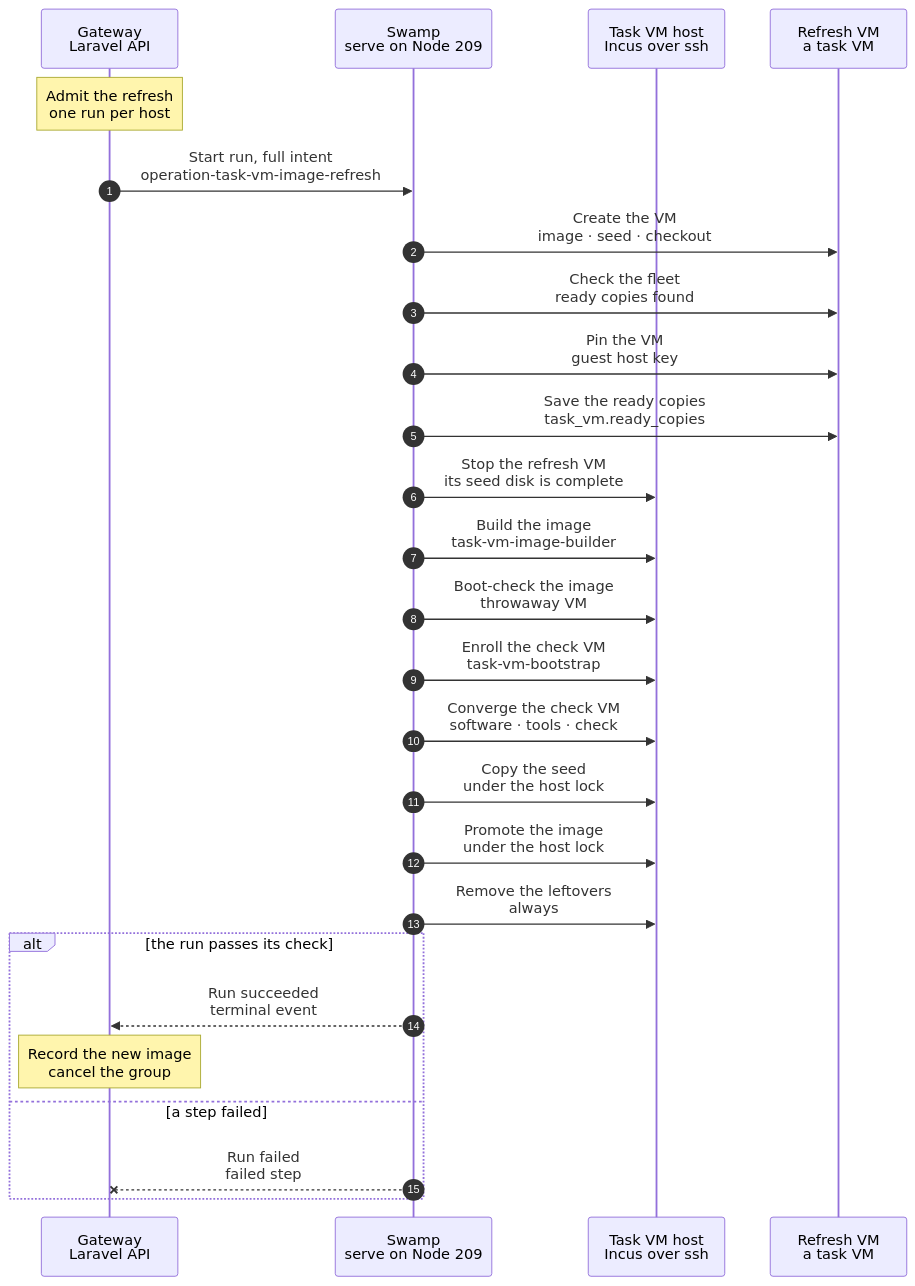
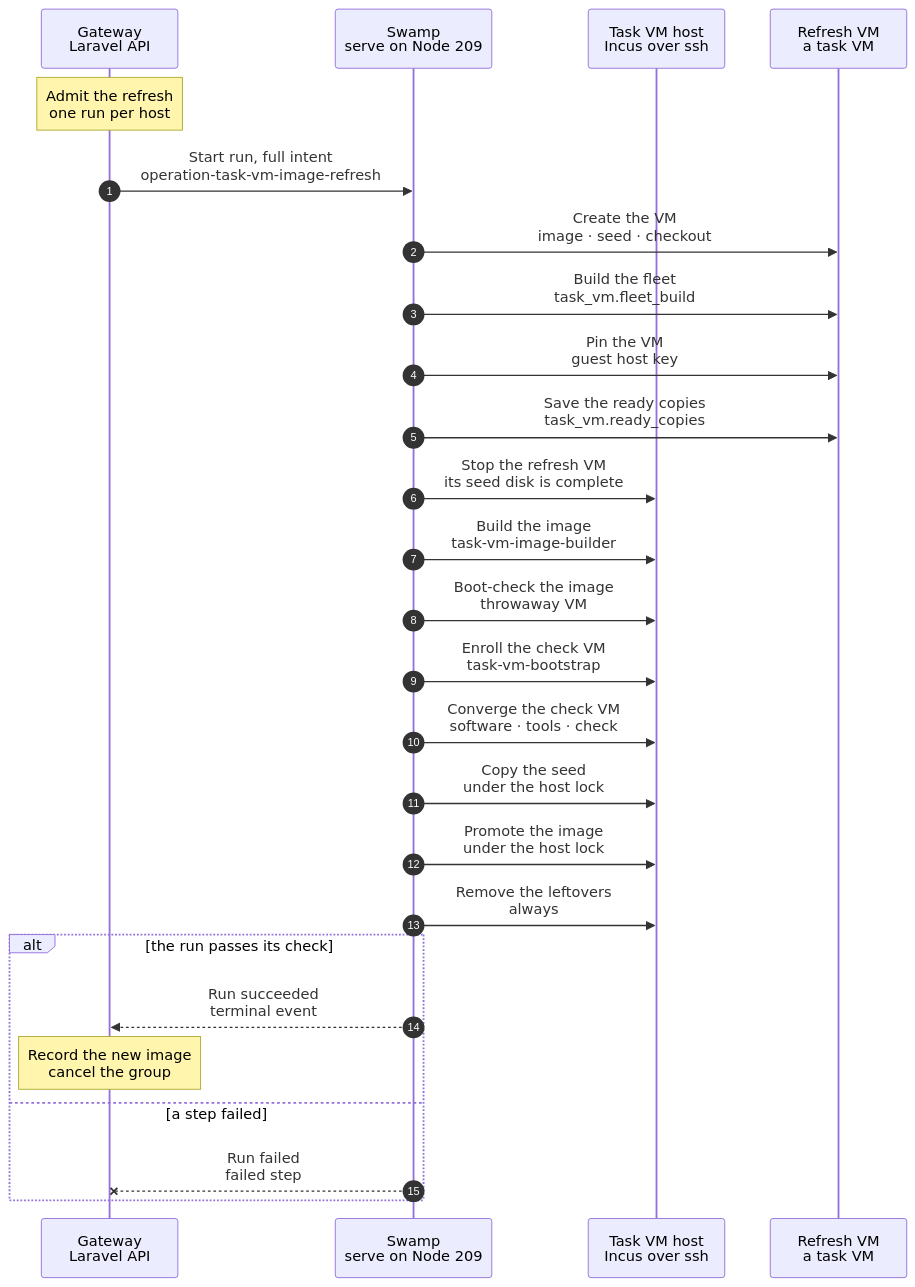
One commit to hardimpactdev/orbit changed the diagram in docs/cli/tasks/vm-image-refresh.mmd. Above: the diagram before and after it, drawn with Mermaid. The commit also changed 1 other file, not shown here.

Commit message:
docs(pipeline): a refresh without ready copies builds the fleet as a child

```diff
--- a/docs/cli/tasks/vm-image-refresh.mmd
+++ b/docs/cli/tasks/vm-image-refresh.mmd
@@ -1,72 +1,72 @@
 sequenceDiagram
   %% Target design: the run that refreshes the task image and the topology seed of one task VM host (stage 6, docs/reference/pipeline/6-task-image-seed-refresh.mmd). It is the per-host part of that chart, as built.
   %% status: draft
   %% command: none · task-vms:refresh-image on the Gateway host
   %% kind: task_vm.image_refresh
   autonumber
   %% lane GW icon=gateway pill=intent tone=blue
   %% lane SW icon=workflow pill=executes tone=green
   %% lane H icon=server pill=target tone=amber
   %% lane VM icon=server pill=refresh VM tone=purple
   participant GW as Gateway<br/>Laravel API
   participant SW as Swamp<br/>serve on Node 209
   participant H as Task VM host<br/>Incus over ssh
   participant VM as Refresh VM<br/>a task VM
   Note over GW: Admit the refresh<br/>one run per host
   %%> Started by:
   %%> - the release projection, when the release that went live changed playbooks, pins or lock files; a daily Gateway schedule; and the operator commands `php artisan task-vms:refresh-image HOST` and `task-vms:refresh-images`
   %%> Requirements:
   %%> - an active, configured task VM host with a promoted image and no image build running, and a Gateway release with a commit
   %%> Result:
   %%> - a group of its own in the proof Project, placed on this host only, and the full intent recorded; a second admission for the host returns the open run
   GW->>SW: Start run, full intent<br/>operation-task-vm-image-refresh
   SW->>VM: Create the VM<br/>image · seed · checkout
   %%> What it does:
   %%> - the child `operation-task-provision`: a task VM from the image the host promoted last, with a clone of its seed, the checkout of the release commit, the converge of the outer VM and the nested fleet from the ready copies
-  SW->>VM: Check the fleet<br/>ready copies found
+  SW->>VM: Build the fleet<br/>task_vm.fleet_build
   %%> What it does:
-  %%> - an assert on the receipt of the VM step: the nested fleet started from the ready copies; a seed without usable ready copies fails the run here, before anything is published
+  %%> - the child `operation-task-vm-fleet-build` in the refresh VM, only when the VM step found no usable ready copies and so started no fleet: the nested network and three VMs from stock Ubuntu, a Gateway with its own Swamp, the Nodes and the readiness check; skipped when the fleet started from ready copies
   SW->>VM: Pin the VM<br/>guest host key
   %%> What it does:
   %%> - fills the host key the VM step observed into the ready copies intent
   SW->>VM: Save the ready copies<br/>task_vm.ready_copies
   %%> What it does:
   %%> - the child `operation-task-vm-ready-copies`: key-free, self-contained copies in the seed disk, boot-checked
   SW->>H: Stop the refresh VM<br/>its seed disk is complete
   %%> What it does:
   %%> - `incus stop` of the refresh VM: it yields only its seed disk and is never published
   SW->>H: Build the image<br/>task-vm-image-builder
   %%> What it does:
   %%> - the child `task-vm-image-builder`: `incus init` of the builder from the image the refresh VM started from (its fingerprint), with the cloud-init key of Node 209; waits for the guest agent and cloud-init
   %%> - runs the phases `software`, `tools` and `check` (the child `task-vm-image-ansible`), cleans and stops it (the child `task-vm-image-clean`)
   %%> - publishes the stopped builder under a candidate alias and reads its fingerprint
   %%> - the builder is never enrolled and has no seed
   SW->>H: Boot-check the image<br/>throwaway VM
   %%> What it does:
   %%> - the child `task-vm-image-smoke`, as in the image build: a throwaway VM from the candidate and the check phase of the task VM role on it
   SW->>H: Enroll the check VM<br/>task-vm-bootstrap
   %%> What it does:
   %%> - the child `task-vm-bootstrap` on the throwaway VM of the boot check: the account, the key, the sudoers file and the observer install with their checks, the same steps as an enrollment
   SW->>H: Converge the check VM<br/>software · tools · check
   %%> What it does:
   %%> - the child `task-vm-image-ansible` with the phases of a provision converge on the same VM; the promotion waits for this step and the one before
   SW->>H: Copy the seed<br/>under the host lock
   %%> What it does:
   %%> - copies the seed disk of the refresh VM to the seed name of the new fingerprint, then `zfs promote` so refreshes form no clone chain
   SW->>H: Promote the image<br/>under the host lock
   %%> What it does:
   %%> - the child `task-vm-image-promote`, as in the image build: the alias moves to the new image and the old image keeps the alias `-previous`; the old seed stays under its own name
   SW->>H: Remove the leftovers<br/>always
   %%> What it does:
   %%> - the cleanup job removes the check VM and the builder, then, when the alias does not point at the new image, the candidate image and the new seed
   alt the run passes its check
     SW-->>GW: Run succeeded<br/>terminal event
     Note over GW: Record the new image<br/>cancel the group
     %%> Result:
     %%> - the new image is the host's latest promoted build, with the recipe identity of the release
     %%> - the cancel of the group destroys the refresh VM
   else a step failed
     SW--xGW: Run failed<br/>failed step
     %%> On failure:
     %%> - the host keeps the image and the seed it had; the group is cancelled and the refresh VM destroyed
   end
```
